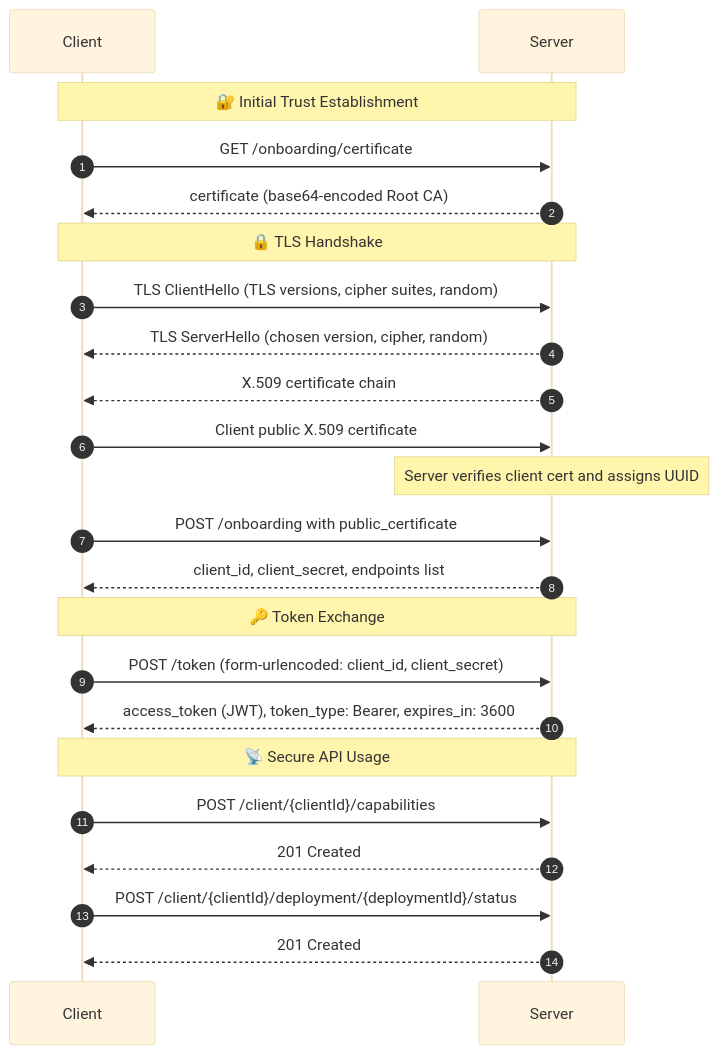
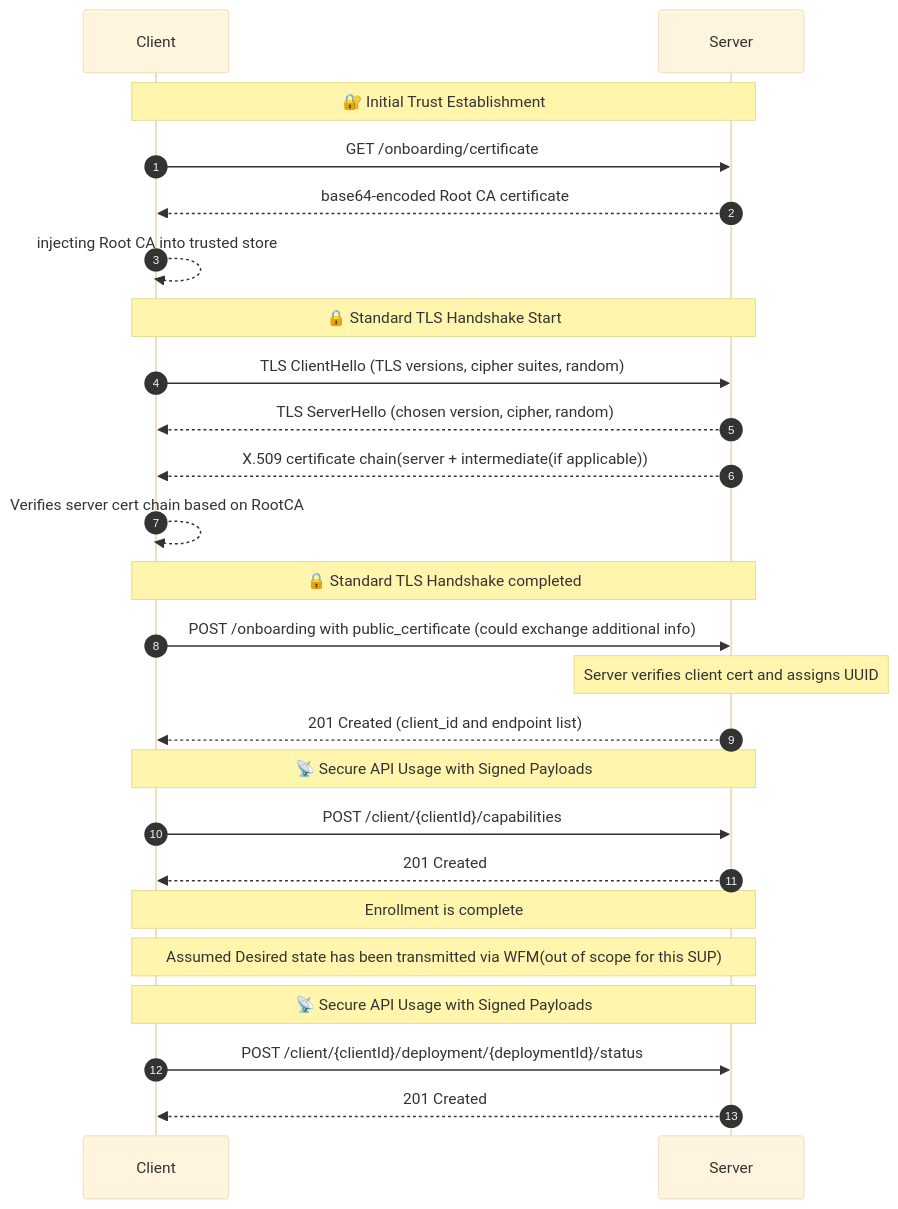
Before and after one commit to jjaswanson4/specification-enhancements: the diagram in submitted/api-details-finalization-SUP-folder/api-details-finalization-SUP-WIP.md, drawn with Mermaid (base theme). The commit also changed other lines of this file and 1 other file, not shown here.

Commit message:
Improved Mermaid drawing to remove client secret / bearer token. Subsequently updated the WIP OpenAPI specification.

````diff
--- a/submitted/api-details-finalization-SUP-folder/api-details-finalization-SUP-WIP.md
+++ b/submitted/api-details-finalization-SUP-folder/api-details-finalization-SUP-WIP.md
@@ -101,35 +104,39 @@
 ```mermaid
 sequenceDiagram
     autonumber
     participant Client
     participant Server
 
     Note over Client,Server: 🔐 Initial Trust Establishment
 
     Client->>Server: GET /onboarding/certificate
-    Server-->>Client: certificate (base64-encoded Root CA)
+    Server-->>Client: base64-encoded Root CA certificate
+    Client-->>Client: injecting Root CA into trusted store
+# Root CA is now trusted in the TLS handshake
 
-    Note over Client,Server: 🔒 TLS Handshake
+    Note over Client,Server: 🔒 Standard TLS Handshake Start
     Client->>Server: TLS ClientHello (TLS versions, cipher suites, random)
     Server-->>Client: TLS ServerHello (chosen version, cipher, random)
-    Server-->>Client: X.509 certificate chain
-    Client->>Server: Client public X.509 certificate
+    Server-->>Client: X.509 certificate chain(server + intermediate(if applicable))
+    Client-->>Client: Verifies server cert chain based on RootCA
+    Note over Client,Server: 🔒 Standard TLS Handshake completed
+# standard TLS / but other flows can occur
+    Client->>Server: POST /onboarding with public_certificate (could exchange additional info)
+    
+    # Verification of client cert out of scope of this. Pre specify 
+    # approving this client can join the server. other things could be tied to the certificate. i.e. Cert supplied via Dell / serial number of device /
+    # FDO bootstrapping off of ownership vouchers could be integrated here as well. 
 
     Note over Server: Server verifies client cert and assigns UUID
-
-    Client->>Server: POST /onboarding with public_certificate
-    Server-->>Client: client_id, client_secret, endpoints list
-
-    Note over Client,Server: 🔑 Token Exchange
-
-    Client->>Server: POST /token (form-urlencoded: client_id, client_secret)
-    Server-->>Client: access_token (JWT), token_type: Bearer, expires_in: 3600
-
-    Note over Client,Server: 📡 Secure API Usage
+    Server-->>Client: 201 Created (client_id and endpoint list)
+    Note over Client,Server: 📡 Secure API Usage with Signed Payloads
 
     Client->>Server: POST /client/{clientId}/capabilities
     Server-->>Client: 201 Created
+    Note over Client,Server: Enrollment is complete
 
+    Note over Client,Server: Assumed Desired state has been transmitted via WFM(out of scope for this SUP)
+    Note over Client,Server: 📡 Secure API Usage with Signed Payloads
     Client->>Server: POST /client/{clientId}/deployment/{deploymentId}/status
     Server-->>Client: 201 Created
 ```
````
